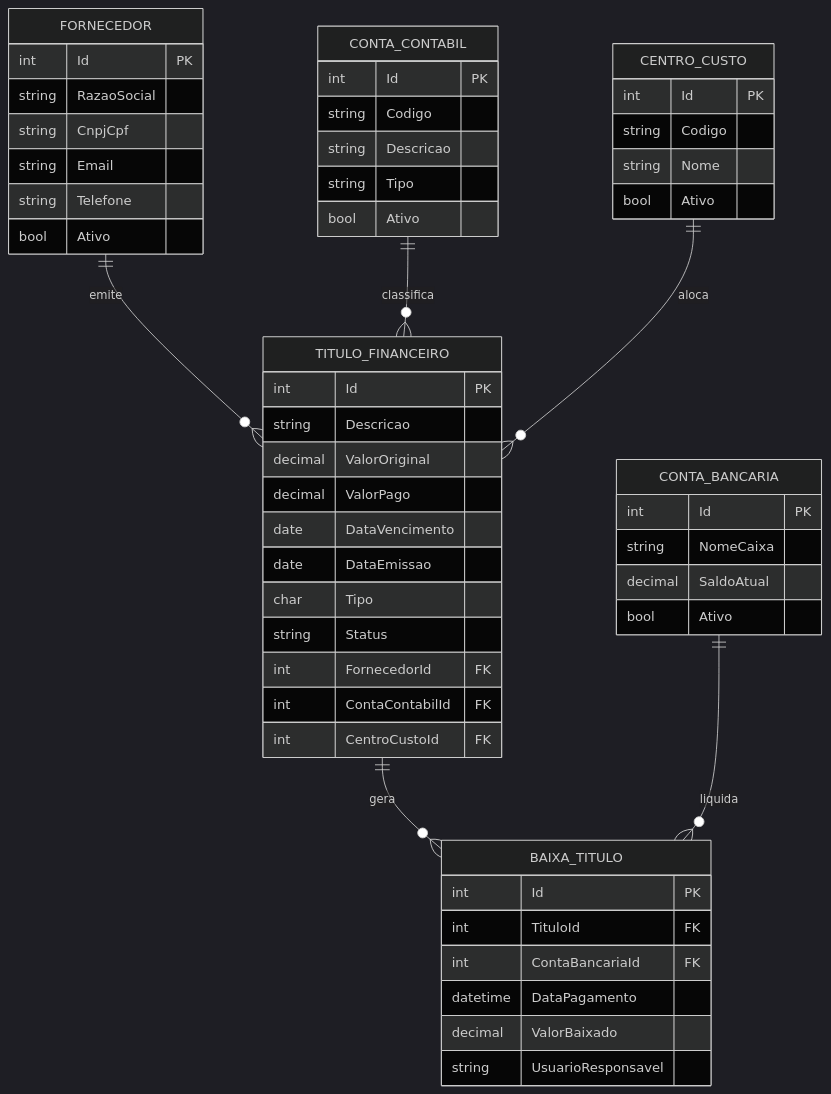
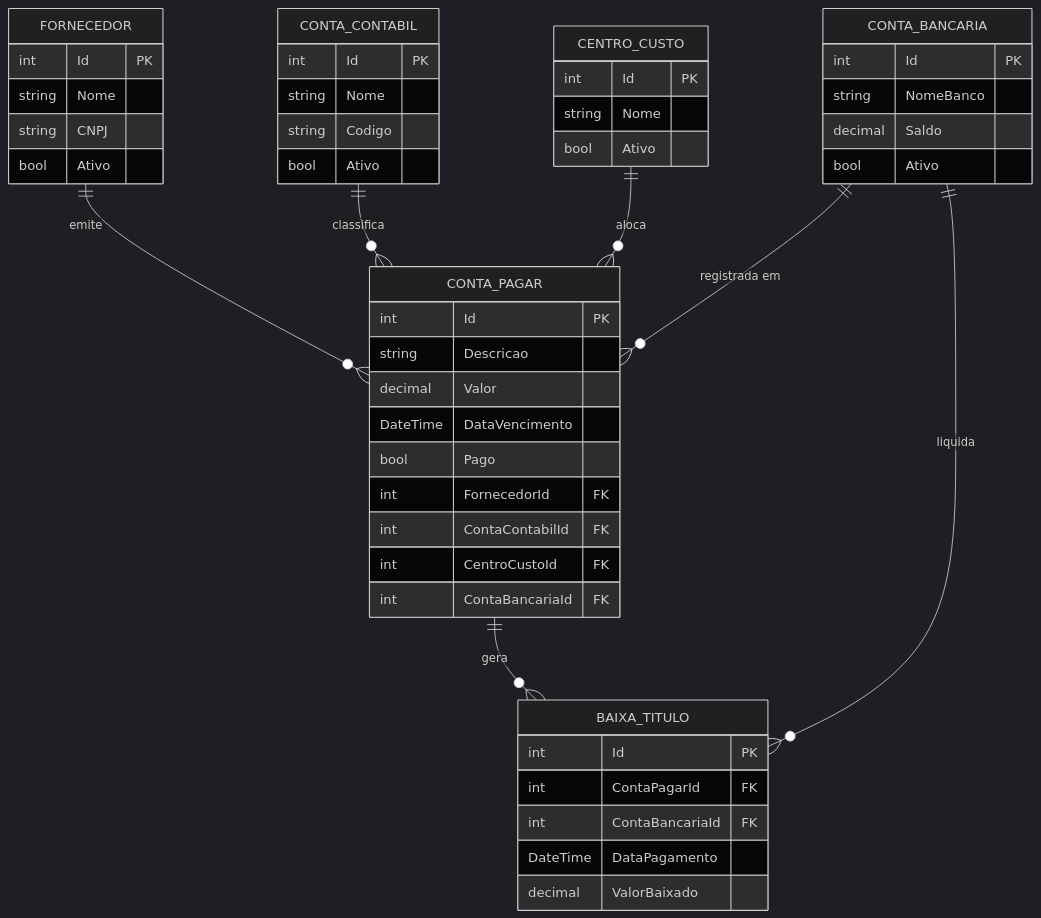
One commit to Victorsbbv/API-Crash changed the diagram in README.md. Above: the diagram before and after it, drawn with Mermaid (dark theme). The commit also changed other lines of this file, not shown here.

````diff
--- a/README.md
+++ b/README.md
@@ -70,62 +183,56 @@
 ```mermaid
 erDiagram
-    FORNECEDOR ||--o{ TITULO_FINANCEIRO : "emite"
-    CONTA_CONTABIL ||--o{ TITULO_FINANCEIRO : "classifica"
-    CENTRO_CUSTO ||--o{ TITULO_FINANCEIRO : "aloca"
-    TITULO_FINANCEIRO ||--o{ BAIXA_TITULO : "gera"
+    FORNECEDOR ||--o{ CONTA_PAGAR : "emite"
+    CONTA_CONTABIL ||--o{ CONTA_PAGAR : "classifica"
+    CENTRO_CUSTO ||--o{ CONTA_PAGAR : "aloca"
+    CONTA_BANCARIA ||--o{ CONTA_PAGAR : "registrada em"
+    CONTA_PAGAR ||--o{ BAIXA_TITULO : "gera"
     CONTA_BANCARIA ||--o{ BAIXA_TITULO : "liquida"
 
     FORNECEDOR {
         int Id PK
-        string RazaoSocial
-        string CnpjCpf
-        string Email
-        string Telefone
+        string Nome
+        string CNPJ
         bool Ativo
     }
 
     CONTA_CONTABIL {
         int Id PK
+        string Nome
         string Codigo
-        string Descricao
-        string Tipo
         bool Ativo
     }
 
     CENTRO_CUSTO {
         int Id PK
-        string Codigo
         string Nome
         bool Ativo
     }
 
     CONTA_BANCARIA {
         int Id PK
-        string NomeCaixa
-        decimal SaldoAtual
+        string NomeBanco
+        decimal Saldo
         bool Ativo
     }
 
-    TITULO_FINANCEIRO {
+    CONTA_PAGAR {
         int Id PK
         string Descricao
-        decimal ValorOriginal
-        decimal ValorPago
-        date DataVencimento
-        date DataEmissao
-        char Tipo
-        string Status
+        decimal Valor
+        DateTime DataVencimento
+        bool Pago
         int FornecedorId FK
         int ContaContabilId FK
         int CentroCustoId FK
+        int ContaBancariaId FK
     }
 
     BAIXA_TITULO {
         int Id PK
-        int TituloId FK
+        int ContaPagarId FK
         int ContaBancariaId FK
-        datetime DataPagamento
+        DateTime DataPagamento
         decimal ValorBaixado
-        string UsuarioResponsavel
     }
 ```
````
